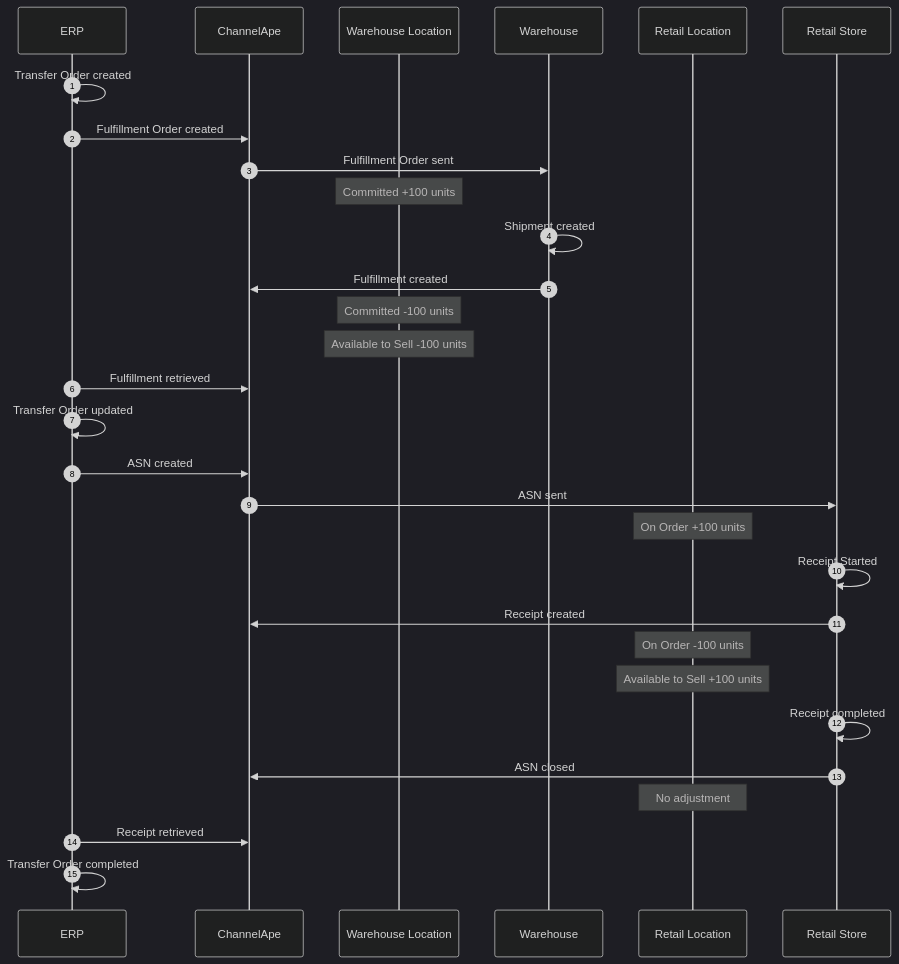
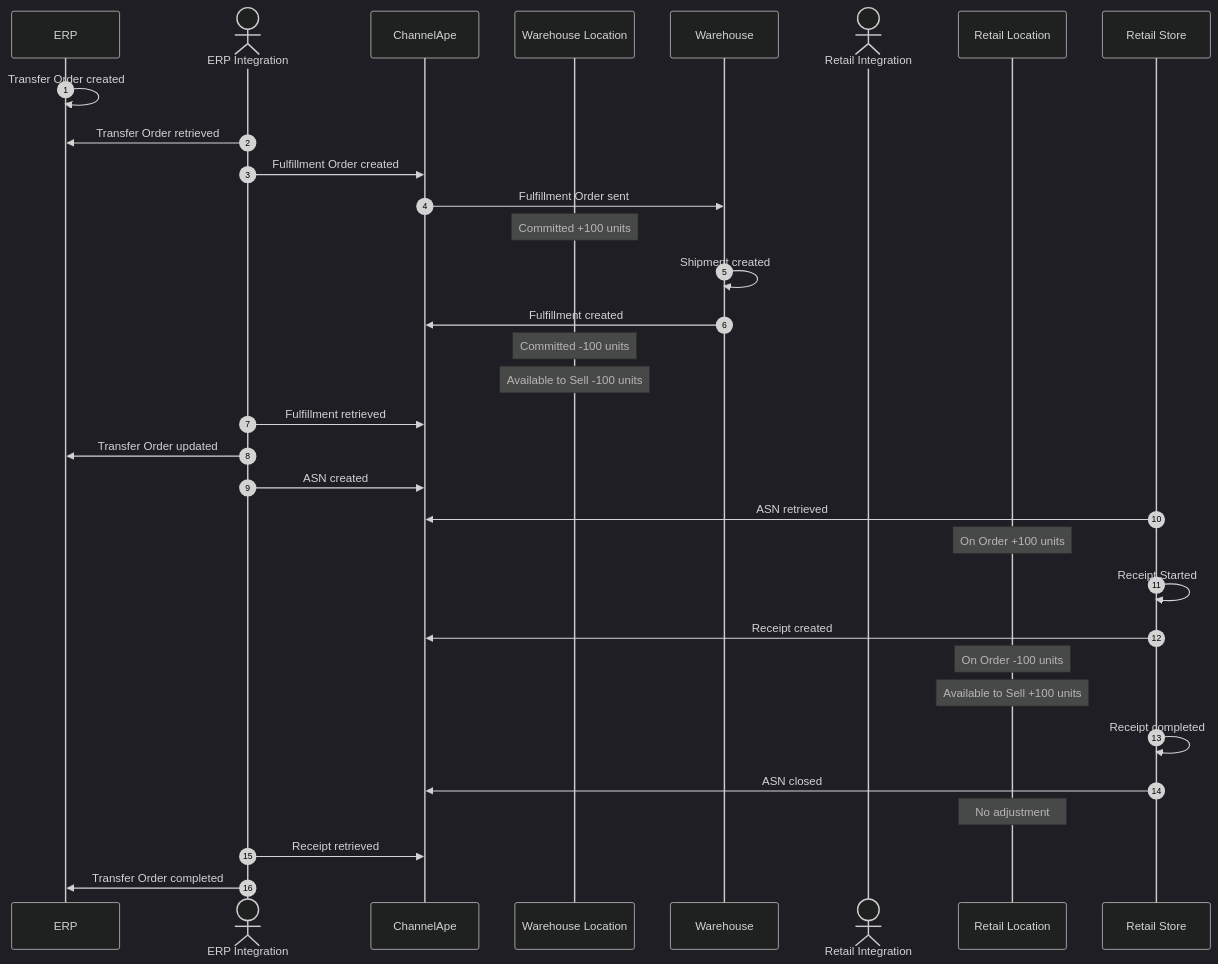
Before and after one commit to ChannelApe/channelape-docs: the first of 6 diagrams in data-flows/transfer-orders/README.md, drawn with Mermaid (dark theme). The commit also changed other lines of this file, not shown here.

Commit message:
Added ERP Integration actor

````diff
--- a/data-flows/transfer-orders/README.md
+++ b/data-flows/transfer-orders/README.md
@@ -24,44 +24,47 @@
 ```mermaid
 sequenceDiagram
     autonumber
     participant ERP
+    actor ERP Integration
     participant ChannelApe
     participant Warehouse Location
     participant Warehouse
+    actor Retail Integration
     participant Retail Location
     participant Retail Store
 
     ERP->>ERP: Transfer Order created
-    ERP->>ChannelApe: Fulfillment Order created
+
+    ERP Integration->>ERP: Transfer Order retrieved
+    ERP Integration->>ChannelApe: Fulfillment Order created
 
     ChannelApe->>Warehouse: Fulfillment Order sent
     note over Warehouse Location: Committed +100 units
 
     Warehouse->>Warehouse: Shipment created
     
     Warehouse->>ChannelApe: Fulfillment created
     note over Warehouse Location: Committed -100 units
     note over Warehouse Location: Available to Sell -100 units
 
-    ERP->>ChannelApe: Fulfillment retrieved
-    ERP->>ERP: Transfer Order updated
-    ERP->>ChannelApe: ASN created
+    ERP Integration->>ChannelApe: Fulfillment retrieved
+    ERP Integration->>ERP: Transfer Order updated
+    ERP Integration->>ChannelApe: ASN created
     
-    ChannelApe->>Retail Store: ASN sent
+    Retail Store->>ChannelApe: ASN retrieved
     note over Retail Location: On Order +100 units
 
     Retail Store->>Retail Store: Receipt Started
 
     Retail Store->>ChannelApe: Receipt created
     note over Retail Location: On Order -100 units
     note over Retail Location: Available to Sell +100 units
 
     Retail Store->>Retail Store: Receipt completed
 
     Retail Store->>ChannelApe: ASN closed
     note over Retail Location: No adjustment
 
-    ERP->>ChannelApe: Receipt retrieved
-
-    ERP->>ERP: Transfer Order completed
+    ERP Integration->>ChannelApe: Receipt retrieved
+    ERP Integration->>ERP: Transfer Order completed
 ```
````
